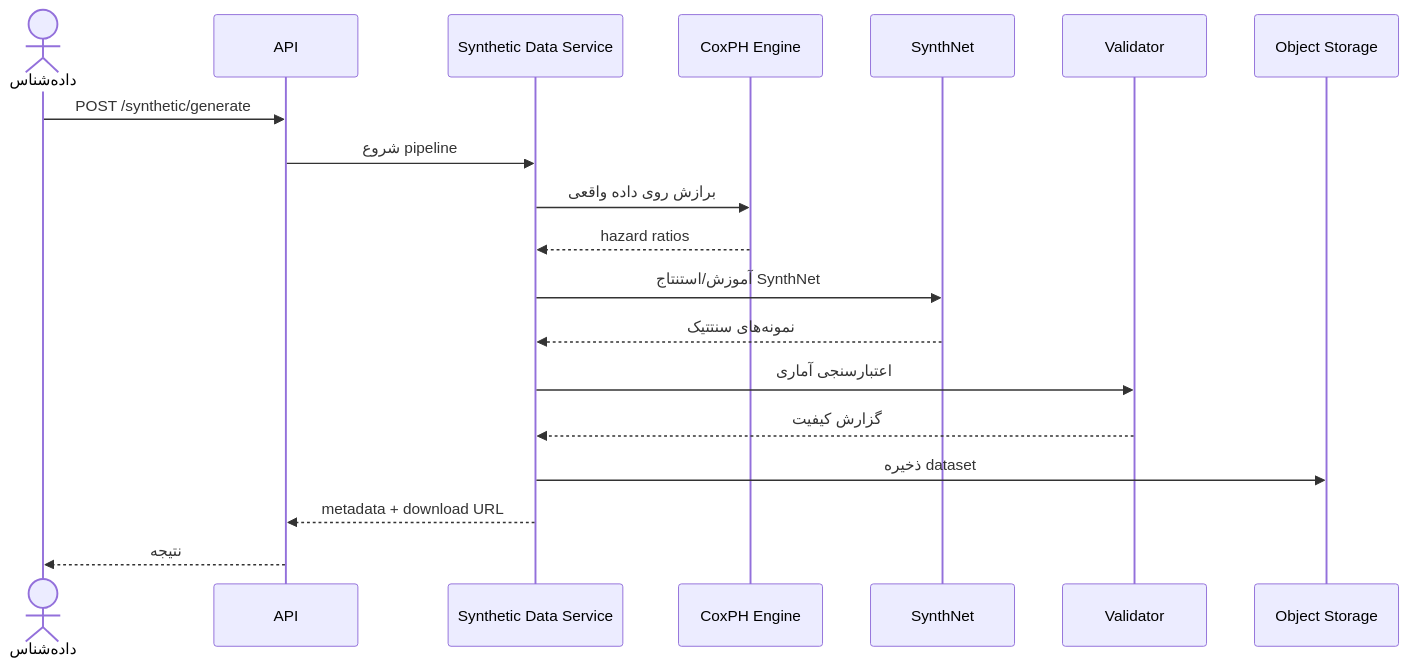
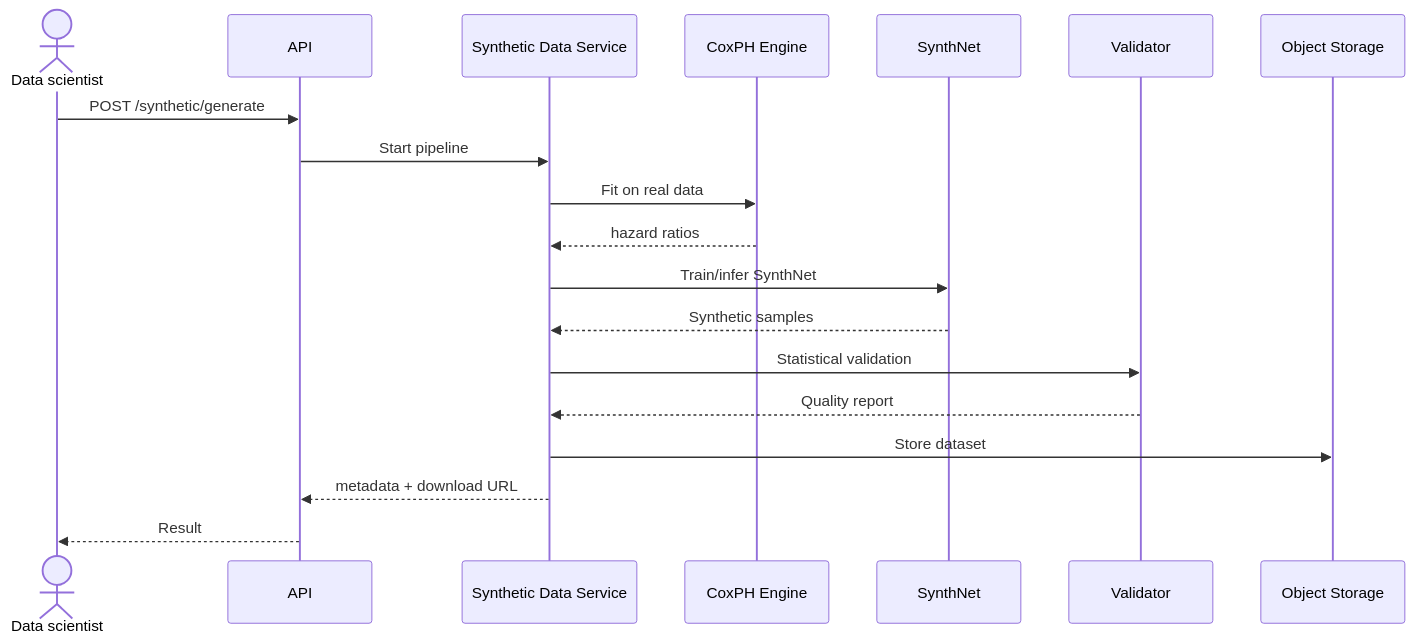
Before and after one commit to parsasohrab1/barekat-gen-therapy: the seventh of 10 diagrams in docs/ARCHITECTURE.md, drawn with Mermaid. The commit also changed other lines of this file and 21 other files, not shown here.

````diff
--- a/docs/ARCHITECTURE.md
+++ b/docs/ARCHITECTURE.md
@@ -420,22 +420,22 @@
 ```mermaid
 sequenceDiagram
-    actor User as داده‌شناس
+    actor User as Data scientist
     participant API as API
     participant Synth as Synthetic Data Service
     participant Cox as CoxPH Engine
     participant Net as SynthNet
     participant Val as Validator
     participant Store as Object Storage
 
     User->>API: POST /synthetic/generate
-    API->>Synth: شروع pipeline
-    Synth->>Cox: برازش روی داده واقعی
+    API->>Synth: Start pipeline
+    Synth->>Cox: Fit on real data
     Cox-->>Synth: hazard ratios
-    Synth->>Net: آموزش/استنتاج SynthNet
-    Net-->>Synth: نمونه‌های سنتتیک
-    Synth->>Val: اعتبارسنجی آماری
-    Val-->>Synth: گزارش کیفیت
-    Synth->>Store: ذخیره dataset
+    Synth->>Net: Train/infer SynthNet
+    Net-->>Synth: Synthetic samples
+    Synth->>Val: Statistical validation
+    Val-->>Synth: Quality report
+    Synth->>Store: Store dataset
     Synth-->>API: metadata + download URL
-    API-->>User: نتیجه
+    API-->>User: Result
 ```
````
